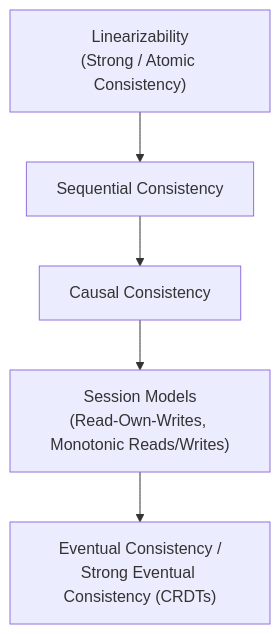
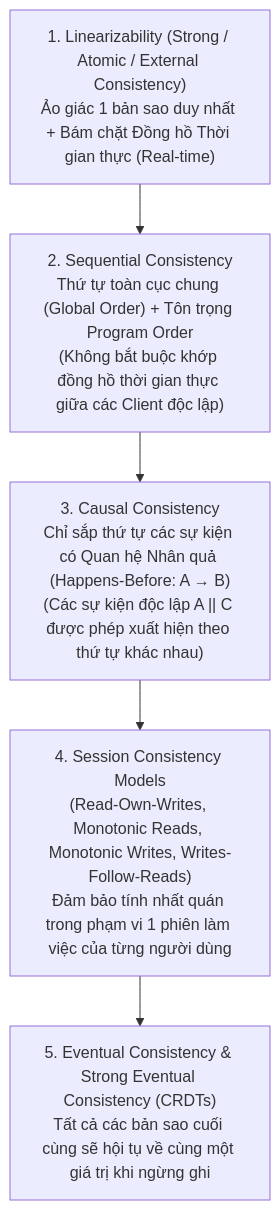
Before and after one commit to namaewanam/namaewanam.github.io: the first of 2 diagrams in docs/Database-Internals-Notes/database-internals-chapter11.vi.md, drawn with Mermaid. The commit also changed other lines of this file and 29 other files, not shown here.

````diff
--- a/docs/Database-Internals-Notes/database-internals-chapter11.vi.md
+++ b/docs/Database-Internals-Notes/database-internals-chapter11.vi.md
@@ -58,7 +86,7 @@
 ```mermaid
 flowchart TD
-    L["Linearizability<br/>(Strong / Atomic Consistency)"] --> S["Sequential Consistency"]
-    S --> C["Causal Consistency"]
-    C --> SM["Session Models<br/>(Read-Own-Writes, Monotonic Reads/Writes)"]
-    SM --> EC["Eventual Consistency /<br/>Strong Eventual Consistency (CRDTs)"]
+    L["1. Linearizability (Strong / Atomic / External Consistency)<br/>Ảo giác 1 bản sao duy nhất + Bám chặt Đồng hồ Thời gian thực (Real-time)"] --> S["2. Sequential Consistency<br/>Thứ tự toàn cục chung (Global Order) + Tôn trọng Program Order<br/>(Không bắt buộc khớp đồng hồ thời gian thực giữa các Client độc lập)"]
+    S --> C["3. Causal Consistency<br/>Chỉ sắp thứ tự các sự kiện có Quan hệ Nhân quả (Happens-Before: A → B)<br/>(Các sự kiện độc lập A || C được phép xuất hiện theo thứ tự khác nhau)"]
+    C --> SM["4. Session Consistency Models<br/>(Read-Own-Writes, Monotonic Reads, Monotonic Writes, Writes-Follow-Reads)<br/>Đảm bảo tính nhất quán trong phạm vi 1 phiên làm việc của từng người dùng"]
+    SM --> EC["5. Eventual Consistency & Strong Eventual Consistency (CRDTs)<br/>Tất cả các bản sao cuối cùng sẽ hội tụ về cùng một giá trị khi ngừng ghi"]
 ```
````
